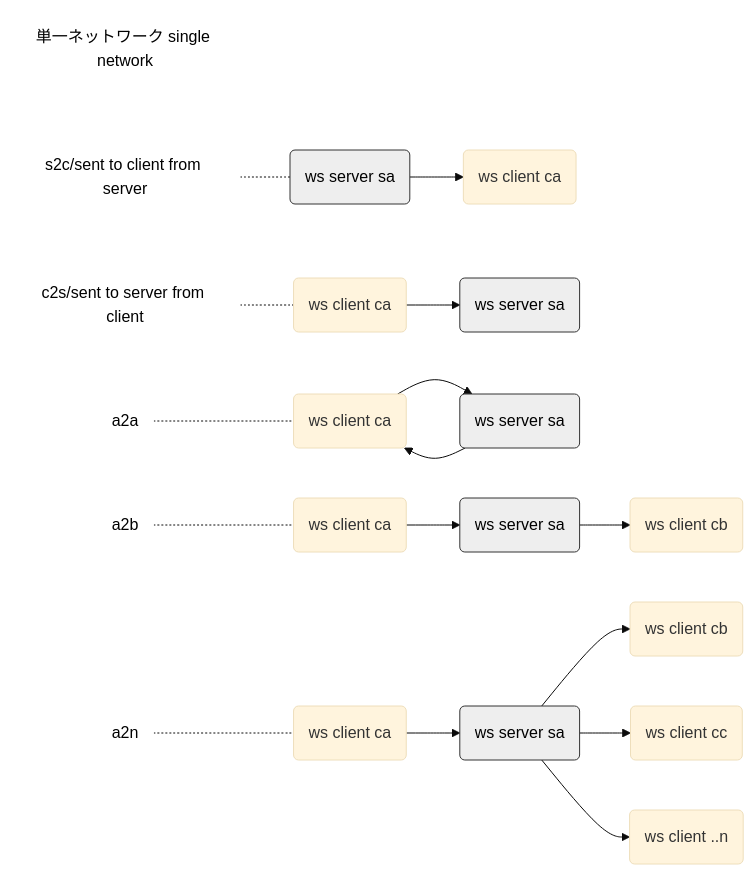
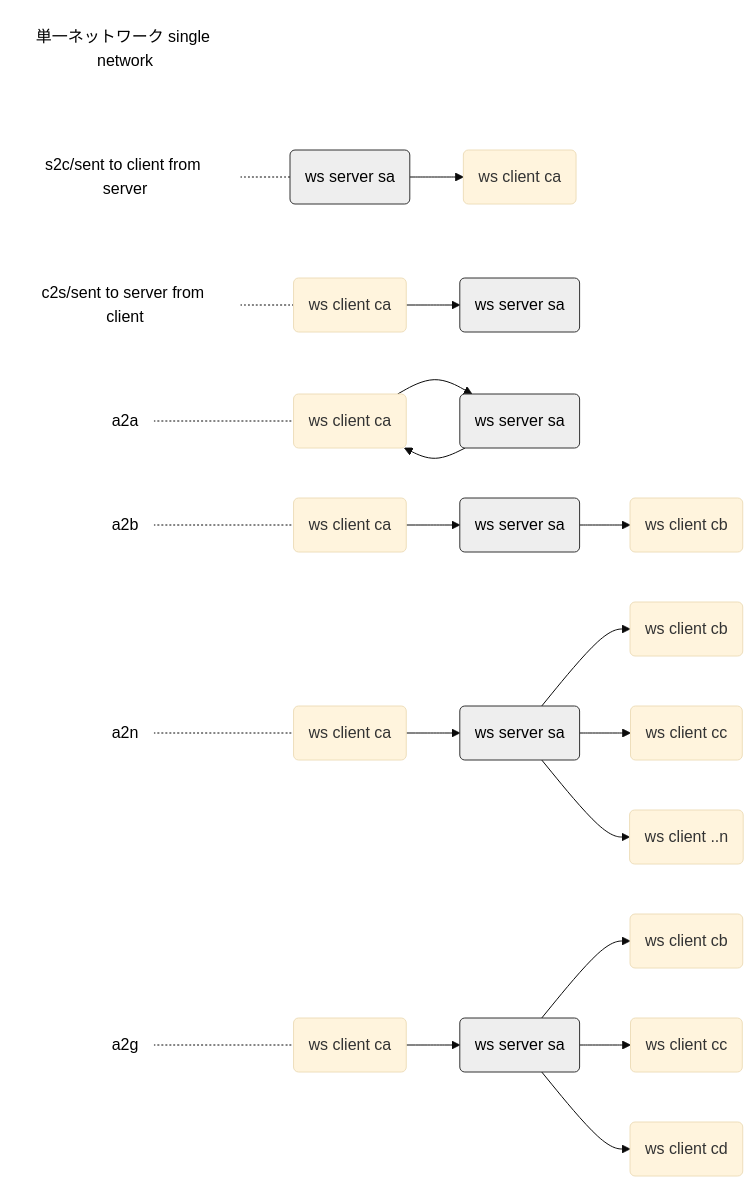
Before and after one commit to toshirot/w2w: the first of 6 diagrams in README.md, drawn with Mermaid (base theme). The commit also changed other lines of this file, not shown here.

````diff
--- a/README.md
+++ b/README.md
@@ -30,51 +29,64 @@
 ```mermaid
 flowchart LR
 
 
 text1(単一ネットワーク single network):::class_text
 
     %%single_type1
         text_s2c(s2c/sent to client from server):::class_text_min
         single_type1c(ws client ca) 
         single_type1s(ws server sa):::class_server
             text_s2c -.- single_type1s
             single_type1s --> single_type1c 
 
     %%single_type2
         text_c2s(c2s/sent to server from client):::class_text_min
         single_type2c(ws client ca) 
         single_type2s(ws server sa):::class_server
             text_c2s -.- single_type2c
             single_type2c --> single_type2s
 
     %%single_type3
         text_a2a(a2a):::class_text_min
         single_type3c(ws client ca) 
         single_type3s(ws server sa):::class_server
             text_a2a -.- single_type3c
             single_type3c --> single_type3s --> single_type3c
 
     %%single_type4
         text_a2b(a2b):::class_text_min
         single_type4c1(ws client ca) 
         single_type4s1(ws server sa):::class_server 
         single_type4c2(ws client cb)
             text_a2b -.- single_type4c1
             single_type4c1 --> single_type4s1 --> single_type4c2
 
-    %%single_type6
+    %%single_type5
         text_a2n(a2n):::class_text_min
         single_type5c1(ws client ca) 
         single_type5s1(ws server sa):::class_server 
         single_type5c2(ws client cb) 
         single_type5c3(ws client cc) 
         single_type5c4(ws client ..n) 
             text_a2n -.- single_type5c1
             single_type5c1 --> single_type5s1 --> single_type5c2
                         single_type5s1 --> single_type5c3
                         single_type5s1 --> single_type5c4
 
+
+    %%single_type6
+        text_a2g(a2g):::class_text_min
+        single_type6c1(ws client ca) 
+        single_type6s1(ws server sa):::class_server 
+        single_type6c2(ws client cb) 
+        single_type6c3(ws client cc) 
+        single_type6c4(ws client cd) 
+            text_a2g -.- single_type6c1
+            single_type6c1 --> single_type6s1 --> single_type6c2
+                        single_type6s1 --> single_type6c3
+                        single_type6s1 --> single_type6c4
+
 classDef class_server fill:#eee,color:#000,stroke:#333
 classDef class_text fill:#fff,color:#000,stroke:#fff,margin:0
 classDef class_text_min fill:#fff,color:#000,stroke:#fff,margin:0
 ```
````
